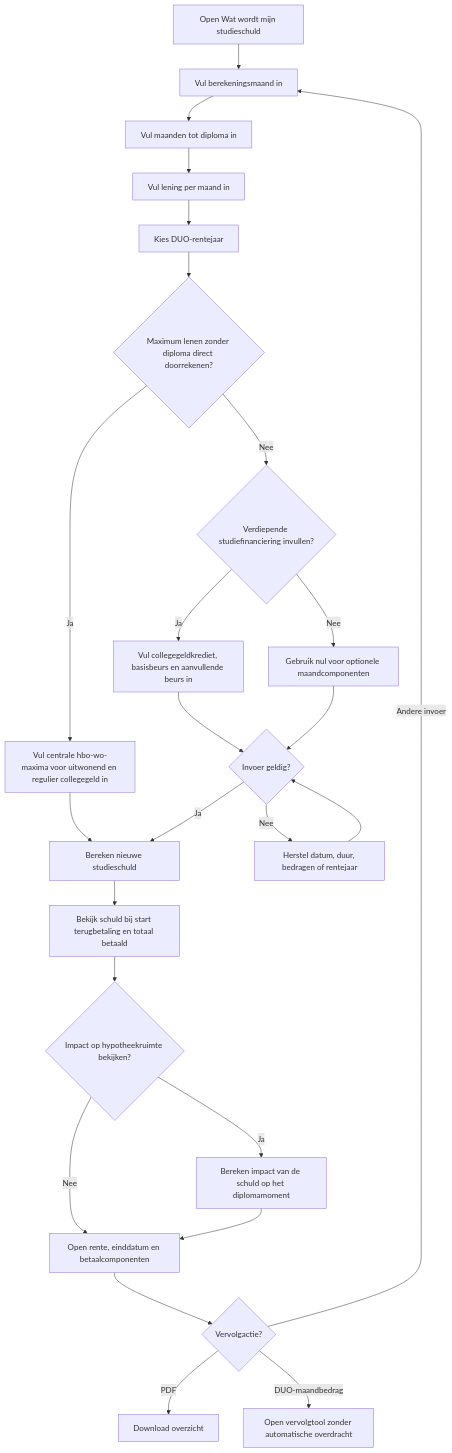
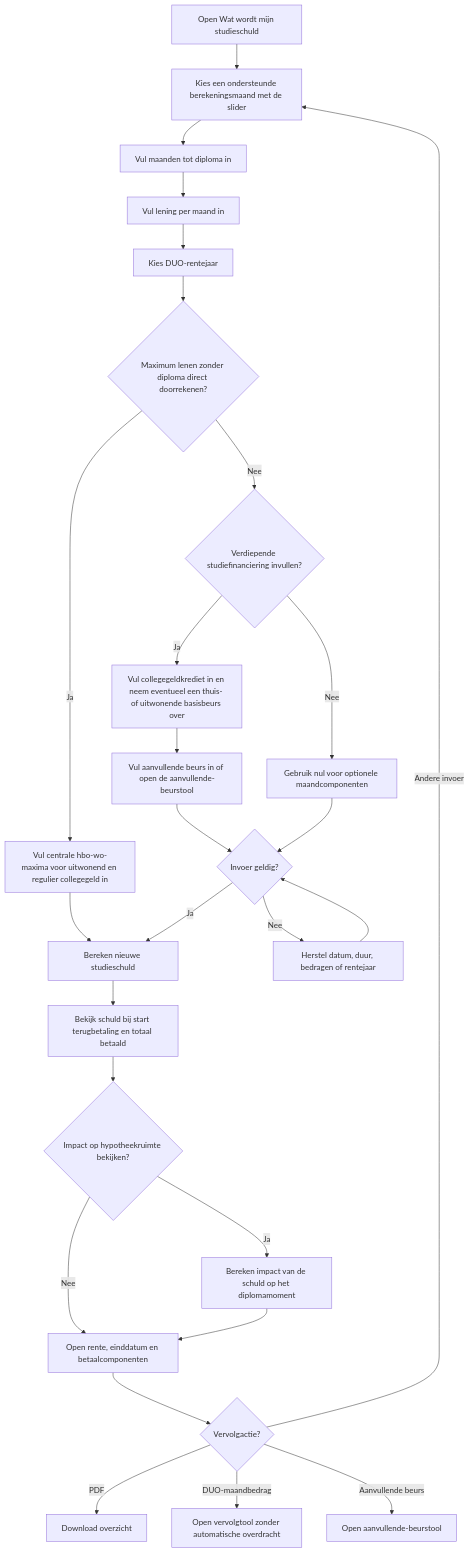
One commit to oli4vos/projectwebsite changed the first of 4 diagrams in apps/duo-schuld-bij-starten-lenen/PROCESS.md. Above: the diagram before and after it, drawn with Mermaid. The commit also changed other lines of this file and 10 other files, not shown here.

````diff
--- a/apps/duo-schuld-bij-starten-lenen/PROCESS.md
+++ b/apps/duo-schuld-bij-starten-lenen/PROCESS.md
@@ -37,27 +38,29 @@
 ```mermaid
 flowchart TD
-  A[Open Wat wordt mijn studieschuld] --> B[Vul berekeningsmaand in]
+  A[Open Wat wordt mijn studieschuld] --> B[Kies een ondersteunde berekeningsmaand met de slider]
   B --> C[Vul maanden tot diploma in]
   C --> D[Vul lening per maand in]
   D --> E[Kies DUO-rentejaar]
   E --> EA{Maximum lenen zonder diploma direct doorrekenen?}
   EA -->|Ja| EB[Vul centrale hbo-wo-maxima voor uitwonend en regulier collegegeld in]
   EB --> K[Bereken scenario doorstuderen zonder diploma]
   EA -->|Nee| F{Verdiepende studiefinanciering invullen?}
-  F -->|Ja| G[Vul collegegeldkrediet, basisbeurs en aanvullende beurs in]
+  F -->|Ja| G[Vul collegegeldkrediet in en neem eventueel een thuis- of uitwonende basisbeurs over]
+  G --> GA[Vul aanvullende beurs in of open de aanvullende-beurstool]
   F -->|Nee| H[Gebruik nul voor optionele maandcomponenten]
-  G --> I{Invoer geldig?}
+  GA --> I{Invoer geldig?}
   H --> I
   I -->|Nee| J[Herstel datum, duur, bedragen of rentejaar]
   J --> I
   I -->|Ja| K[Bereken nieuwe studieschuld]
   K --> L[Bekijk schuld bij start terugbetaling en totaal betaald]
   L --> LA{Impact op hypotheekruimte bekijken?}
   LA -->|Ja| LB[Bereken impact van de schuld op het diplomamoment]
   LA -->|Nee| M[Open rente, einddatum en betaalcomponenten]
   LB --> M
   M --> N{Vervolgactie?}
   N -->|PDF| O[Download overzicht]
   N -->|Andere invoer| B
   N -->|DUO-maandbedrag| P[Open vervolgtool zonder automatische overdracht]
+  N -->|Aanvullende beurs| Q[Open aanvullende-beurstool]
 ```
````
